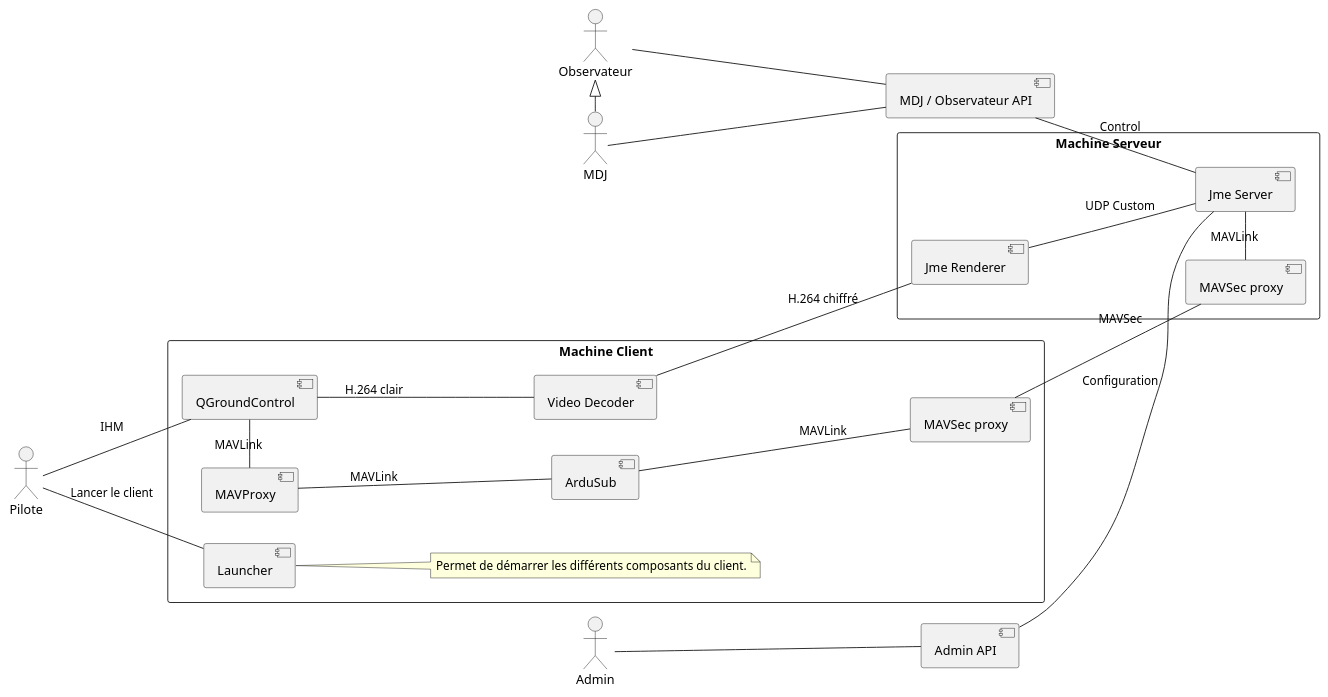
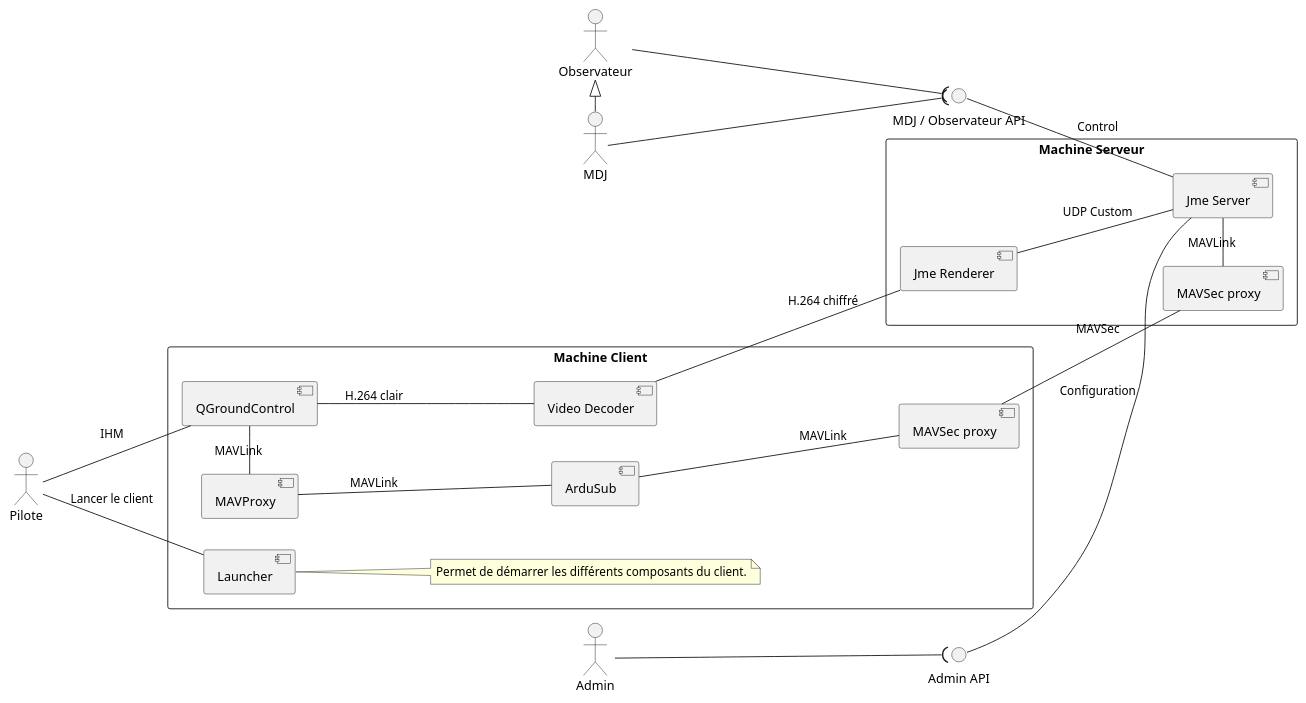
The diagram in doc/ardupilot_server_components.puml (tombartos/SAE-DRONE), drawn with PlantUML before and after one commit. The commit also changed 1 other file, not shown here.

Commit message:
Utiliser des interface UML pour les API

```diff
--- a/doc/ardupilot_server_components.puml
+++ b/doc/ardupilot_server_components.puml
@@ -1,52 +1,52 @@
 @startuml
 
 left to right direction
 
 actor Admin
 actor Pilote
 actor Observateur
 actor MDJ
 
 MDJ -left-|> Observateur
 
 rectangle "Machine Client" {
     component Launcher
     component "Video Decoder" as VideoDecoder
     component QGroundControl
     component MAVProxy
     component ArduSub
     component "MAVSec proxy" as SecProxy1
 
     Pilote -- QGroundControl : IHM
     Pilote -- Launcher : Lancer le client
     note right of Launcher
         Permet de démarrer les différents composants du client.
     end note
     QGroundControl -left- MAVProxy : MAVLink
     MAVProxy -- ArduSub : MAVLink
     ArduSub -- SecProxy1 : MAVLink
 }
 
-component "MDJ / Observateur API" as MDJAPI
-component "Admin API" as AdminClient
+interface "MDJ / Observateur API" as MDJAPI
+interface "Admin API" as AdminClient
 
 rectangle "Machine Serveur" {
     component "MAVSec proxy" as SecProxy2
     component "Video Decoder" as JmeRenderer
     component "Jme Renderer" as JmeRenderer
     component "Jme Server" as JmeServer
 
     SecProxy2 -left- JmeServer : MAVLink
     JmeRenderer -- JmeServer : UDP Custom
     MDJAPI -- JmeServer : Control
     AdminClient -- JmeServer : Configuration
 }
 
 SecProxy1 -- SecProxy2 : MAVSec
 QGroundControl -- VideoDecoder : H.264 clair
 VideoDecoder -- JmeRenderer : H.264 chiffré
-Admin -- AdminClient
-Observateur -- MDJAPI
-MDJ -- MDJAPI
+Admin --( AdminClient
+Observateur --( MDJAPI
+MDJ --( MDJAPI
 
 @enduml
```
